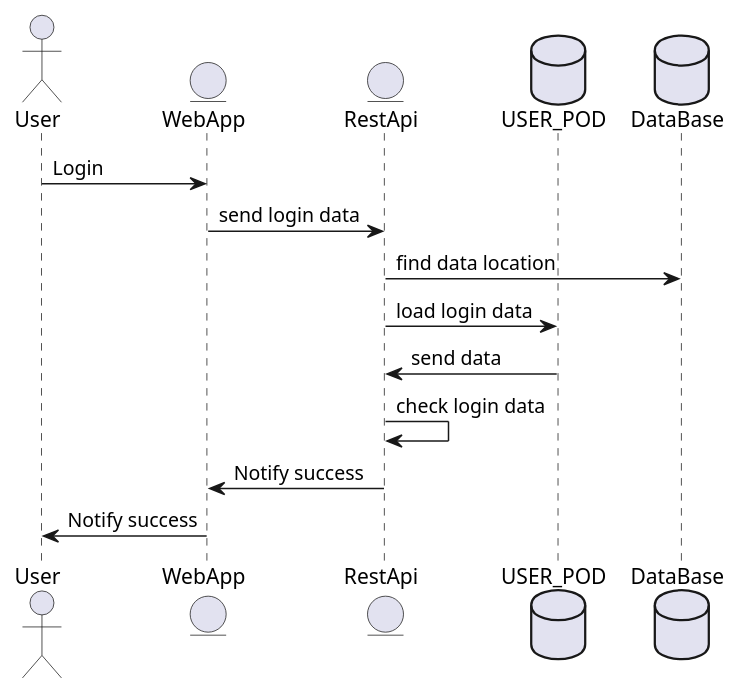
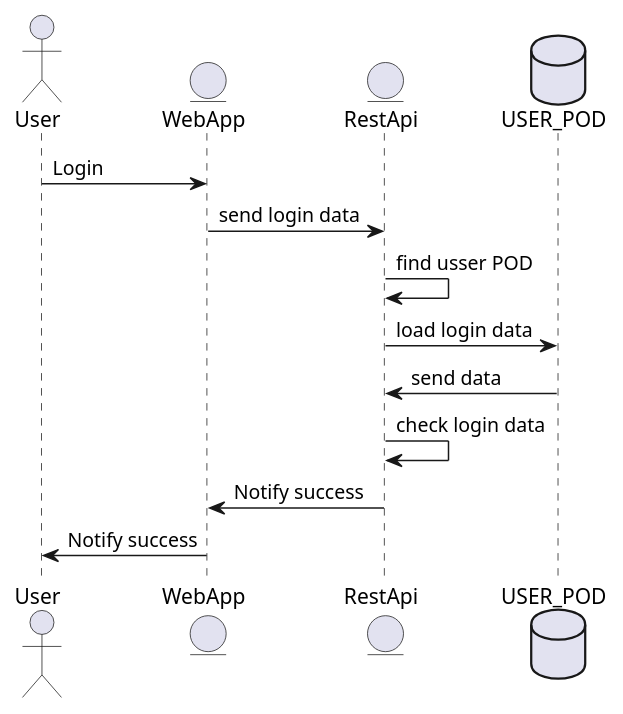
One commit to Arquisoft/dede_es3c changed the third of 10 diagrams in docs/06_runtime_view.adoc. Above: the diagram before and after it, drawn with PlantUML. The commit also changed other lines of this file, not shown here.

```diff
--- a/docs/06_runtime_view.adoc
+++ b/docs/06_runtime_view.adoc
@@ -46,18 +44,17 @@
 [plantuml,"LoginUserPOD",png]
 ----
 @startuml
 actor User
 entity WebApp
 entity RestApi
 database USER_POD
-database DataBase
 User-> WebApp : Login
 WebApp-> RestApi : send login data
-RestApi -> DataBase : find data location
+RestApi -> RestApi : find usser POD
 RestApi -> USER_POD : load login data
 USER_POD -> RestApi : send data
 RestApi -> RestApi : check login data
 RestApi -> WebApp: Notify success
 WebApp-> User: Notify success
 @enduml
 ----
```
